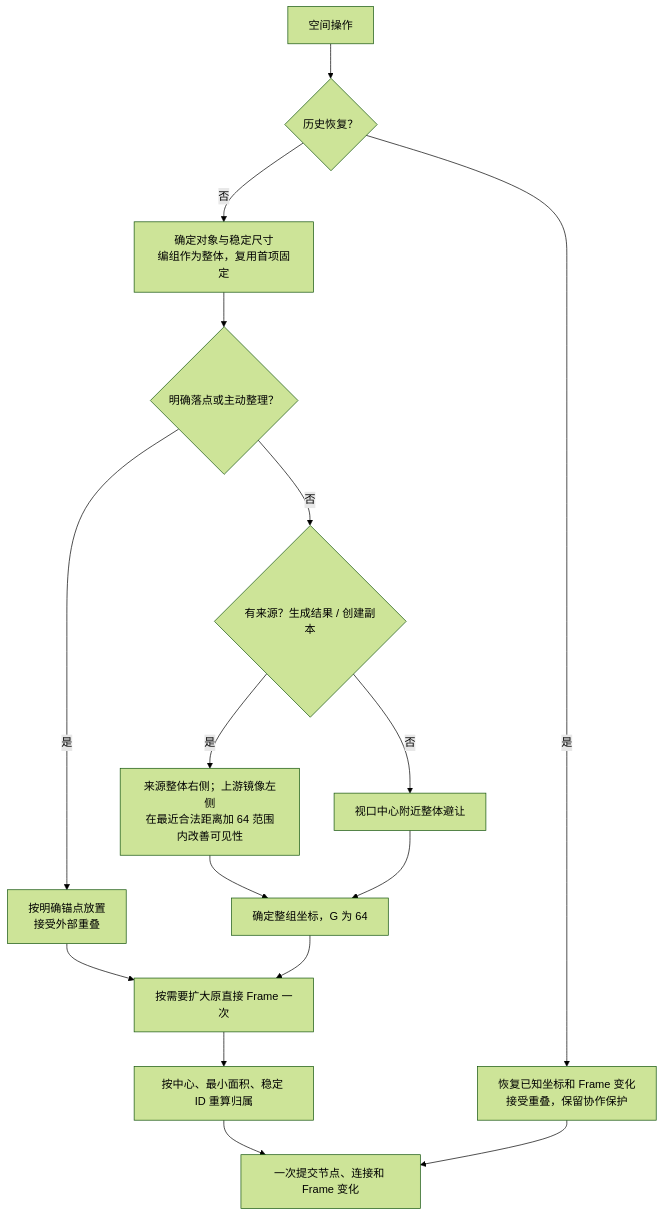
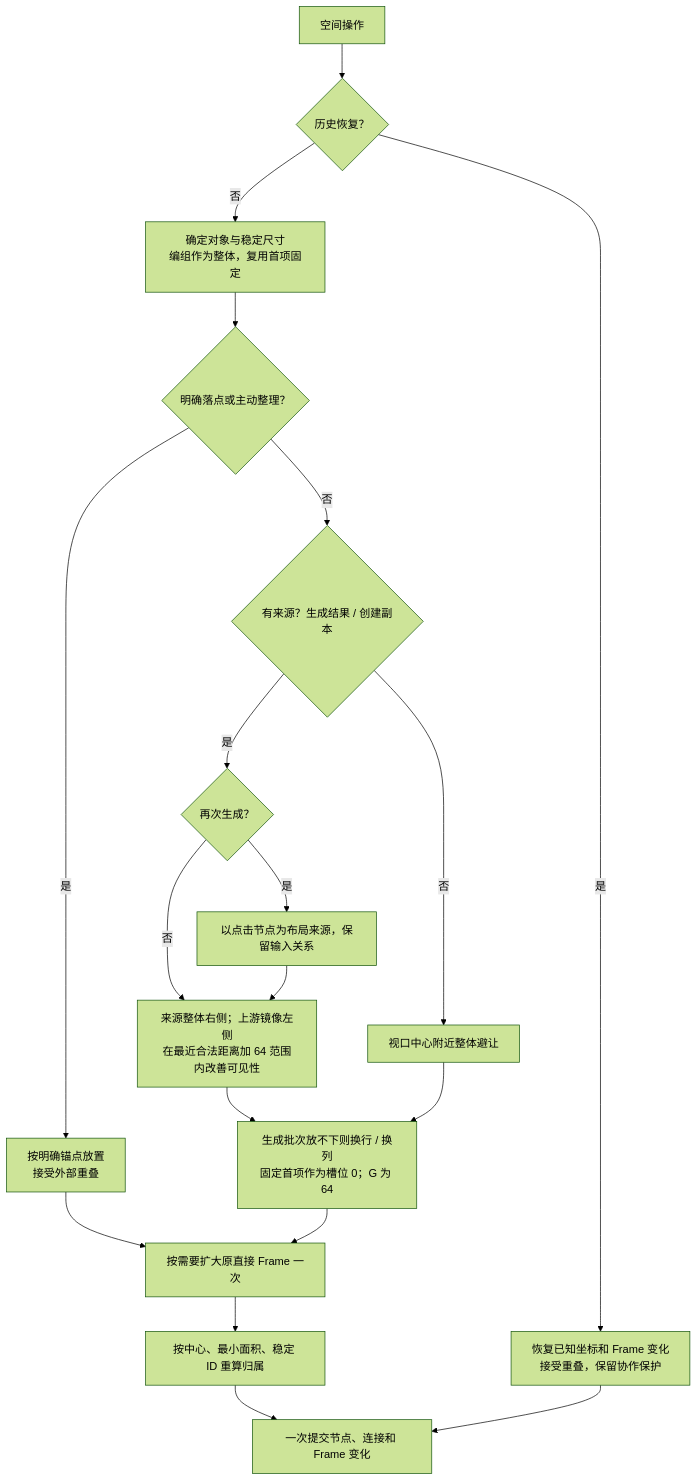
One commit to lazyq666/reroll-ai-canvas changed the diagram in docs/current/smart-canvas-node-auto-placement.md. Above: the diagram before and after it, drawn with Mermaid (forest theme). The commit also changed other lines of this file and 153 other files, not shown here.

````diff
--- a/docs/current/smart-canvas-node-auto-placement.md
+++ b/docs/current/smart-canvas-node-auto-placement.md
@@ -12,18 +12,21 @@
 ```mermaid
 flowchart TD
     A[空间操作] --> B{历史恢复？}
     B -->|是| H[恢复已知坐标和 Frame 变化\n接受重叠，保留协作保护]
     B -->|否| C[确定对象与稳定尺寸\n编组作为整体，复用首项固定]
     C --> D{明确落点或主动整理？}
     D -->|是| E[按明确锚点放置\n接受外部重叠]
     D -->|否| F{有来源？生成结果 / 创建副本}
-    F -->|是| G[来源整体右侧；上游镜像左侧\n在最近合法距离加 64 范围内改善可见性]
+    F -->|是| R{再次生成？}
+    R -->|是| S[以点击节点为布局来源，保留输入关系]
+    R -->|否| G[来源整体右侧；上游镜像左侧\n在最近合法距离加 64 范围内改善可见性]
+    S --> G
     F -->|否| I[视口中心附近整体避让]
-    G --> J[确定整组坐标，G 为 64]
+    G --> J[生成批次放不下则换行 / 换列\n固定首项作为槽位 0；G 为 64]
     I --> J
     E --> K[按需要扩大原直接 Frame 一次]
     J --> K
     K --> L[按中心、最小面积、稳定 ID 重算归属]
     L --> M[一次提交节点、连接和 Frame 变化]
     H --> M
 ```
````
